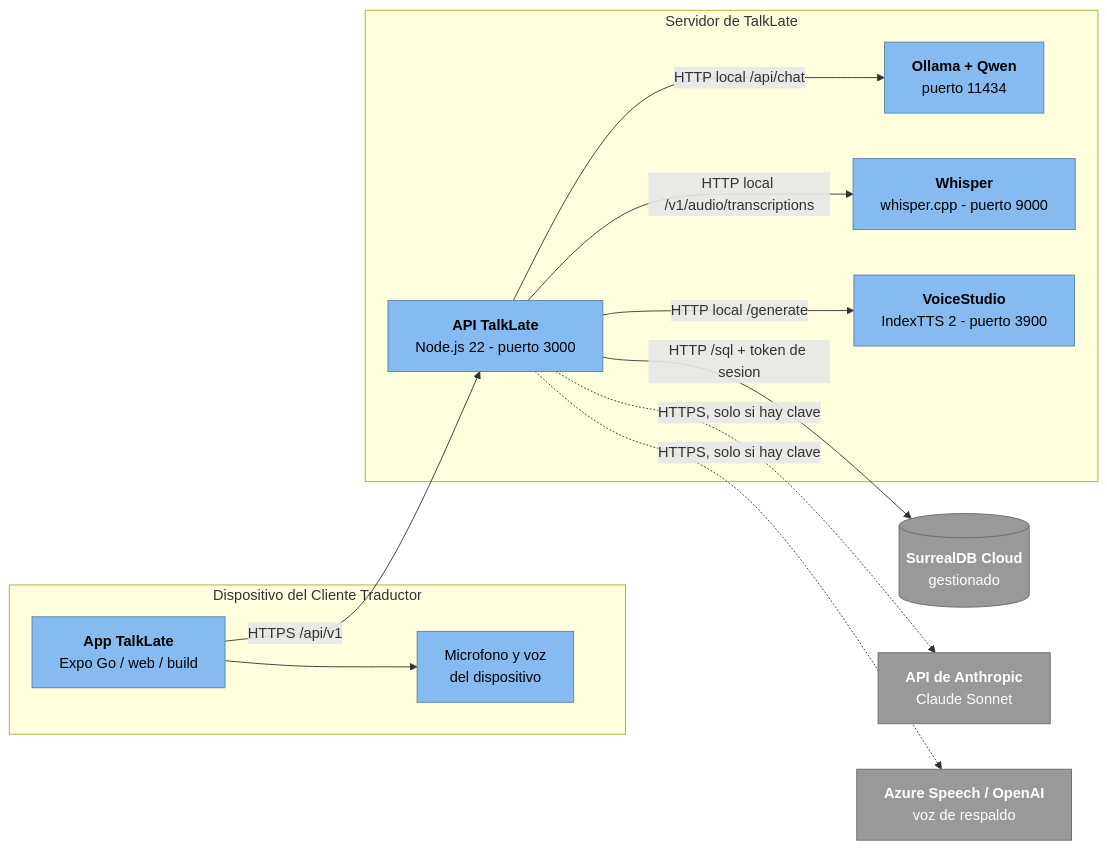
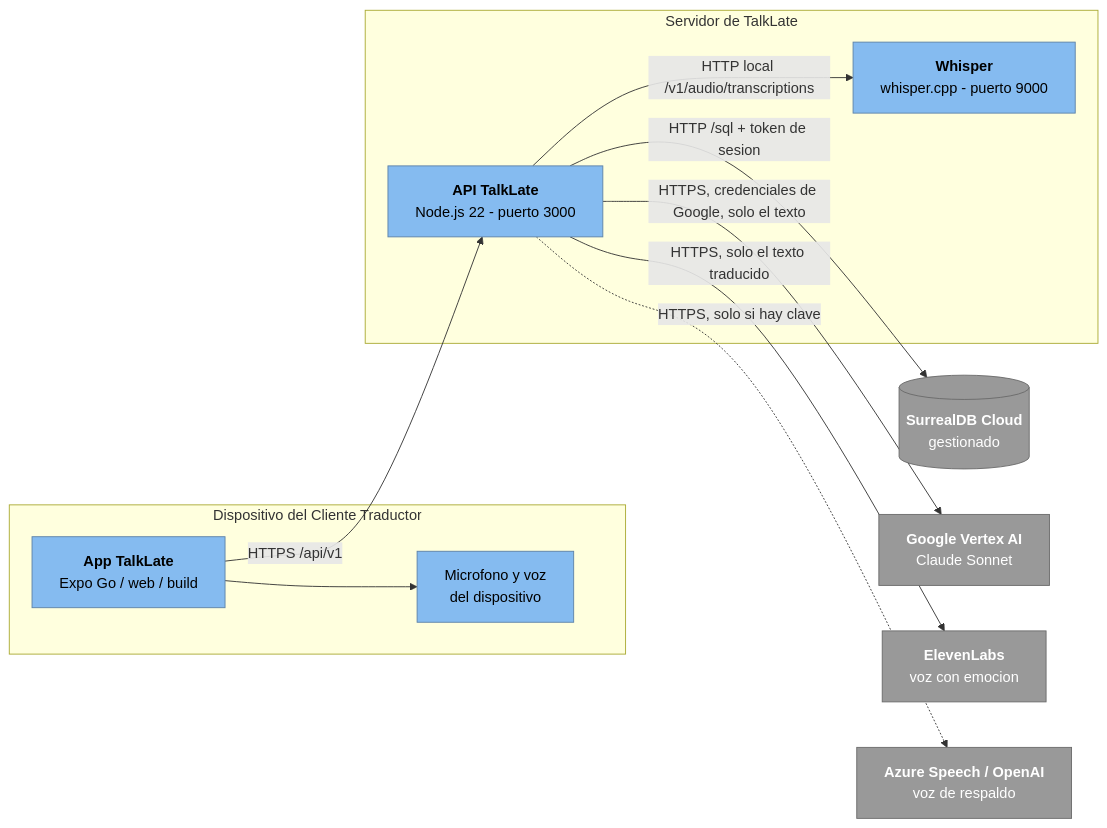
One commit to Dafatalk/talklate changed the fifth of 5 diagrams in entrega/fuente/07_arquitectura.md. Above: the diagram before and after it, drawn with Mermaid. The commit also changed other lines of this file and 25 other files, not shown here.

First line of the commit message:
docs: poner al dia la documentacion con Claude en Vertex, ElevenLabs, 9 puertos y 77 pruebas; ADR-020; admin sin contrasena por defecto en produccion

````diff
--- a/entrega/fuente/07_arquitectura.md
+++ b/entrega/fuente/07_arquitectura.md
@@ -317,30 +317,28 @@
 ```mermaid
 flowchart LR
     subgraph disp["Dispositivo del Cliente Traductor"]
         appd["<b>App TalkLate</b><br/>Expo Go / web / build"]
         vozd["Microfono y voz<br/>del dispositivo"]
     end
     subgraph srv["Servidor de TalkLate"]
         apin["<b>API TalkLate</b><br/>Node.js 22 - puerto 3000"]
-        oll["<b>Ollama + Qwen</b><br/>puerto 11434"]
         wh["<b>Whisper</b><br/>whisper.cpp - puerto 9000"]
-        vs["<b>VoiceStudio</b><br/>IndexTTS 2 - puerto 3900"]
     end
     cloud[("<b>SurrealDB Cloud</b><br/>gestionado")]
-    anth["<b>API de Anthropic</b><br/>Claude Sonnet"]
+    vtx["<b>Google Vertex AI</b><br/>Claude Sonnet"]
+    eleven["<b>ElevenLabs</b><br/>voz con emocion"]
     azu["<b>Azure Speech / OpenAI</b><br/>voz de respaldo"]
 
     appd -->|HTTPS /api/v1| apin
     appd --> vozd
-    apin -->|HTTP local /api/chat| oll
     apin -->|HTTP local /v1/audio/transcriptions| wh
-    apin -->|HTTP local /generate| vs
+    apin -->|HTTPS, solo el texto traducido| eleven
     apin -->|HTTP /sql + token de sesion| cloud
-    apin -.->|HTTPS, solo si hay clave| anth
+    apin -->|HTTPS, credenciales de Google, solo el texto| vtx
     apin -.->|HTTPS, solo si hay clave| azu
 
     classDef comp fill:#85BBF0,stroke:#5D82A8,color:#000000
     classDef ext fill:#999999,stroke:#6B6B6B,color:#FFFFFF
-    class appd,vozd,apin,oll,wh,vs comp
-    class cloud,anth,azu ext
+    class appd,vozd,apin,wh comp
+    class cloud,vtx,eleven,azu ext
 ```
````
